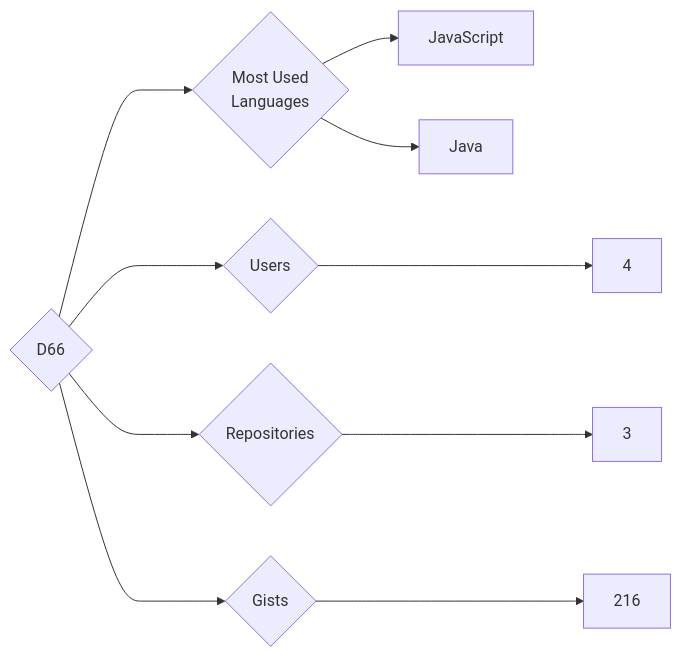
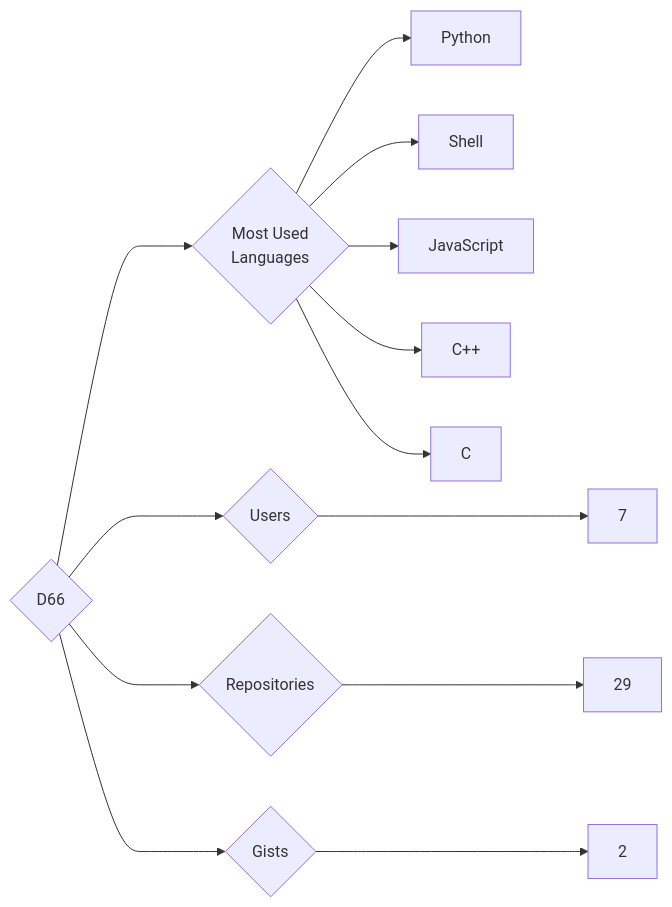
One commit to trickest/insiders changed the diagram in targets/D66/README.md. Above: the diagram before and after it, drawn with Mermaid. The commit also changed 639 other files, not shown here.

````diff
--- a/targets/D66/README.md
+++ b/targets/D66/README.md
@@ -3,10 +3,13 @@
 ```mermaid
 graph LR
 COMPANY_NAME{D66}
-COMPANY_NAME ---> U{Users} ---> UN[4]
-COMPANY_NAME ---> R{Repositories} ---> RN[3]
-COMPANY_NAME ---> G{Gists} ---> GN[216]
+COMPANY_NAME ---> U{Users} ---> UN[7]
+COMPANY_NAME ---> R{Repositories} ---> RN[29]
+COMPANY_NAME ---> G{Gists} ---> GN[2]
 COMPANY_NAME ---> ML{Most Used<br>Languages}
+ML --> Python[Python]
+ML --> Shell[Shell]
 ML --> JavaScript[JavaScript]
-ML --> Java[Java]
+ML --> C++[C++]
+ML --> C[C]
 ```
````
